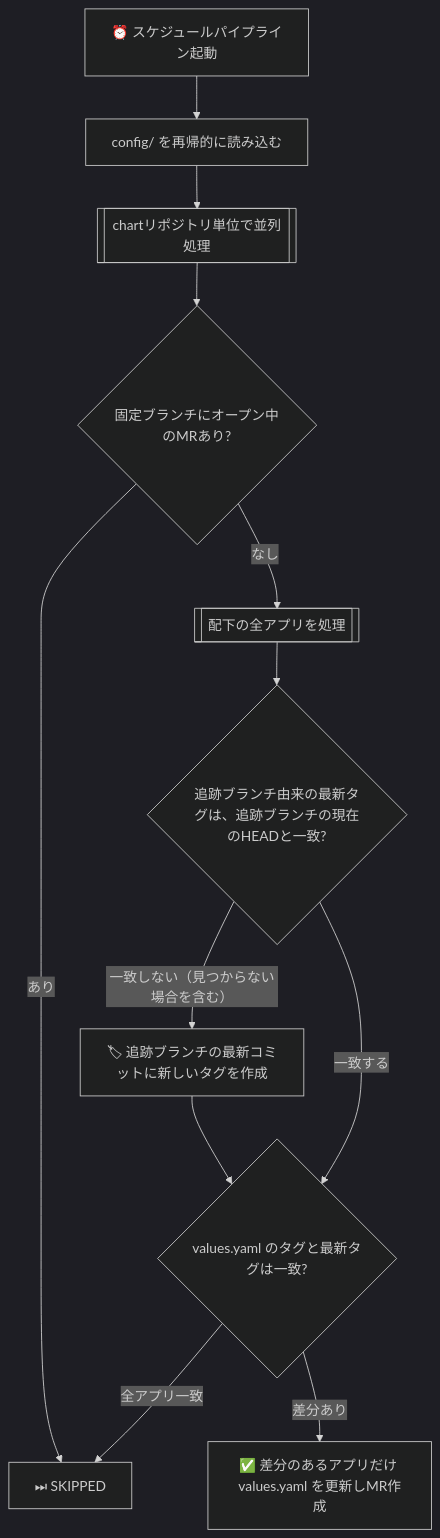
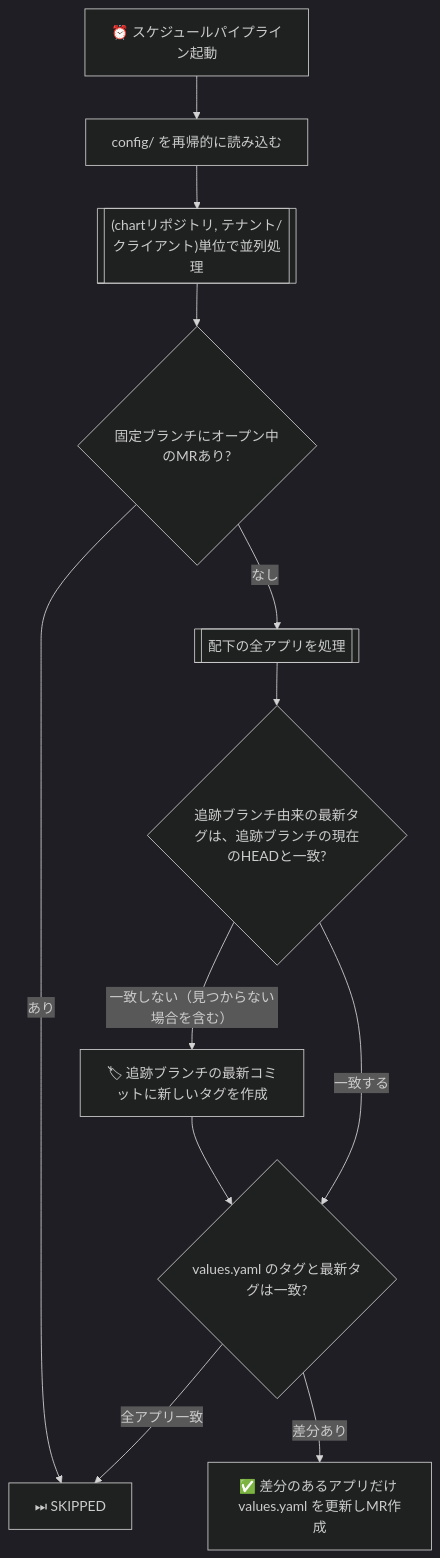
The diagram in README.md (sinnlosses/helm-yadokari), drawn with Mermaid (dark theme) before and after one commit. The commit also changed other lines of this file and 18 other files, not shown here.

````diff
--- a/README.md
+++ b/README.md
@@ -94,14 +96,14 @@
 ```mermaid
 flowchart TD
     A[⏰ スケジュールパイプライン起動] --> B[config/ を再帰的に読み込む]
-    B --> C[[chartリポジトリ単位で並列処理]]
+    B --> C[["(chartリポジトリ, テナント/クライアント)単位で並列処理"]]
     C --> D{固定ブランチにオープン中のMRあり?}
     D -->|あり| E[⏭ SKIPPED]
     D -->|なし| F[[配下の全アプリを処理]]
     F --> G{追跡ブランチ由来の最新タグは、追跡ブランチの現在のHEADと一致?}
     G -->|一致しない（見つからない場合を含む）| H[🏷 追跡ブランチの最新コミットに新しいタグを作成]
     H --> I
     G -->|一致する| I{values.yaml のタグと最新タグは一致?}
     I -->|全アプリ一致| E
     I -->|差分あり| J[✅ 差分のあるアプリだけ values.yaml を更新しMR作成]
 ```
````
